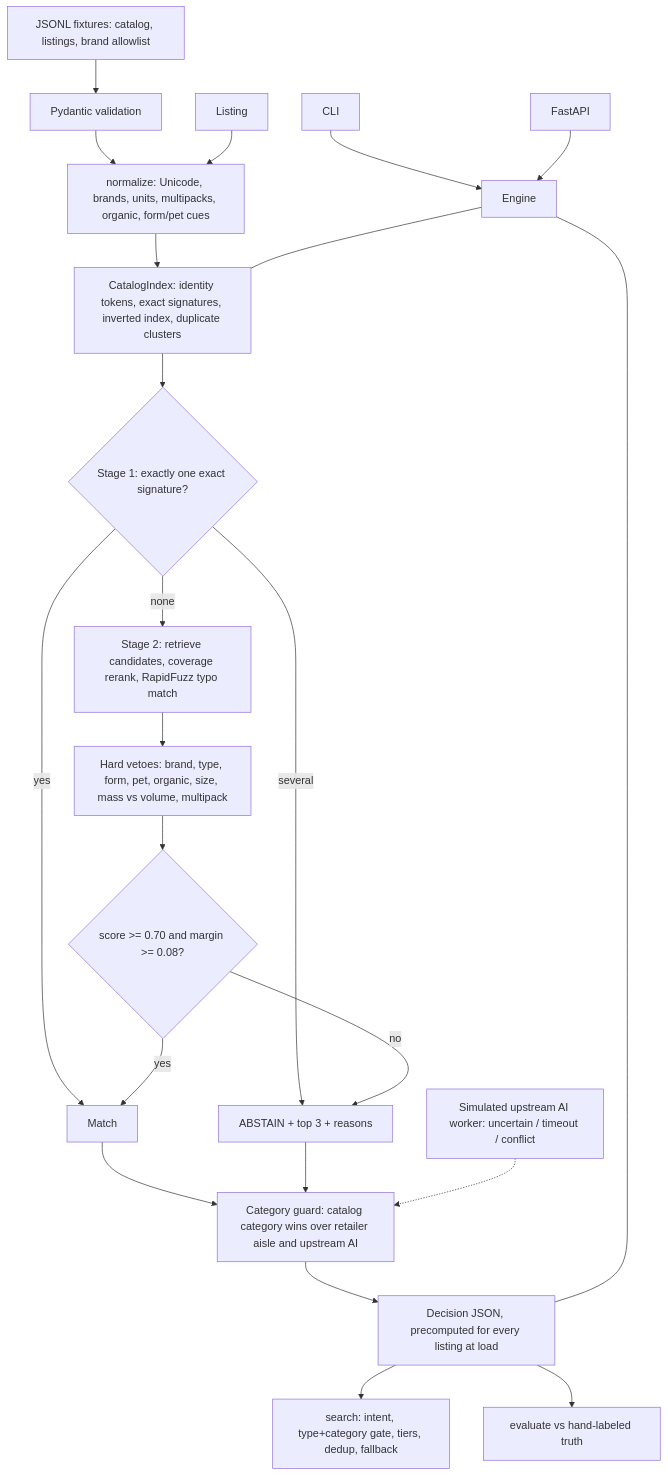
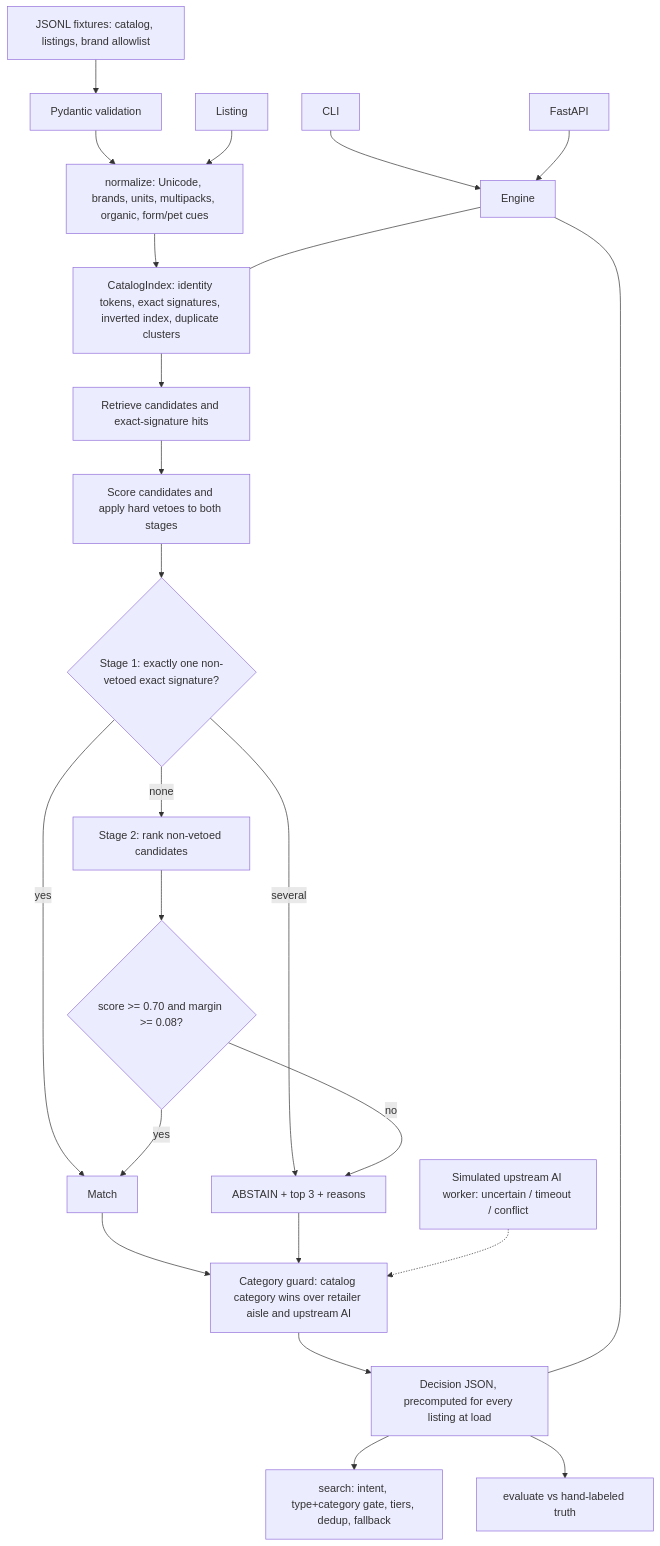
One commit to NgoBenny/prox-grocery-identity-engine changed the diagram in README.md. Above: the diagram before and after it, drawn with Mermaid. The commit also changed other lines of this file and 3 other files, not shown here.

````diff
--- a/README.md
+++ b/README.md
@@ -33,25 +33,26 @@
 ```mermaid
 flowchart TD
     F[JSONL fixtures: catalog, listings, brand allowlist] --> V[Pydantic validation]
     V --> N[normalize: Unicode, brands, units, multipacks, organic, form/pet cues]
     N --> I[CatalogIndex: identity tokens, exact signatures, inverted index, duplicate clusters]
     L[Listing] --> N
-    I --> S1{Stage 1: exactly one exact signature?}
+    I --> RET[Retrieve candidates and exact-signature hits]
+    RET --> VETO[Score candidates and apply hard vetoes to both stages]
+    VETO --> S1{Stage 1: exactly one non-vetoed exact signature?}
     S1 -->|yes| ACC[Match]
     S1 -->|several| AB[ABSTAIN + top 3 + reasons]
-    S1 -->|none| S2[Stage 2: retrieve candidates, coverage rerank, RapidFuzz typo match]
-    S2 --> VETO[Hard vetoes: brand, type, form, pet, organic, size, mass vs volume, multipack]
-    VETO --> TH{score >= 0.70 and margin >= 0.08?}
+    S1 -->|none| S2[Stage 2: rank non-vetoed candidates]
+    S2 --> TH{score >= 0.70 and margin >= 0.08?}
     TH -->|yes| ACC
     TH -->|no| AB
     ACC --> CAT[Category guard: catalog category wins over retailer aisle and upstream AI]
     AB --> CAT
     UP[Simulated upstream AI worker: uncertain / timeout / conflict] -.-> CAT
     CAT --> D[Decision JSON, precomputed for every listing at load]
     D --> SR[search: intent, type+category gate, tiers, dedup, fallback]
     D --> EV[evaluate vs hand-labeled truth]
     CLI[CLI] --> E[Engine]
     API[FastAPI] --> E
     E --- I
     E --- D
 ```
````
